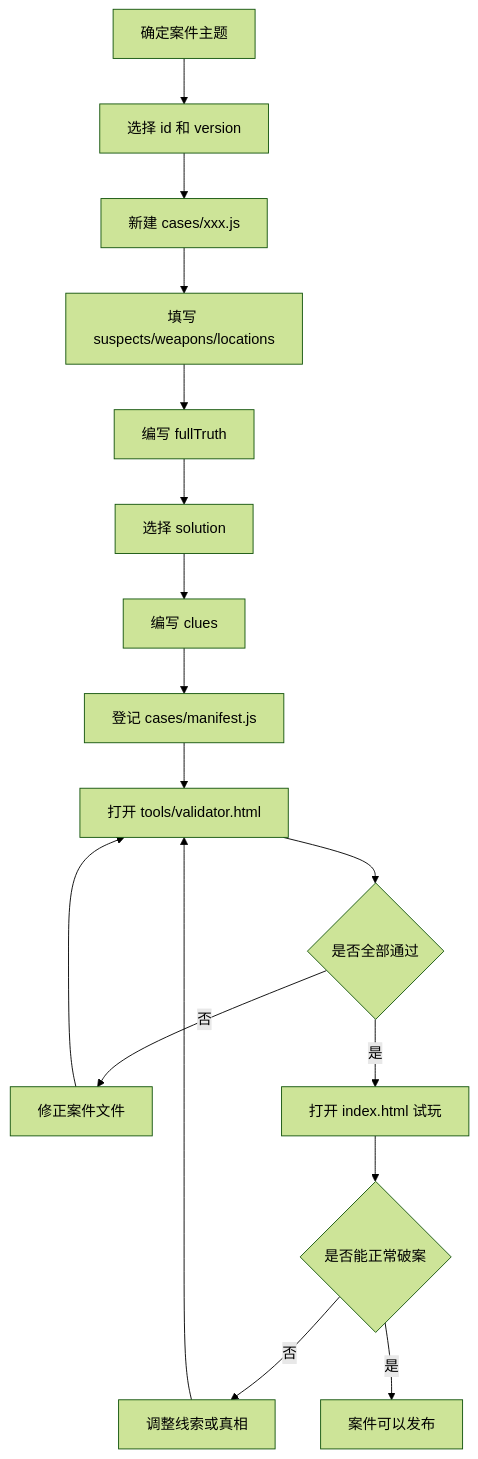
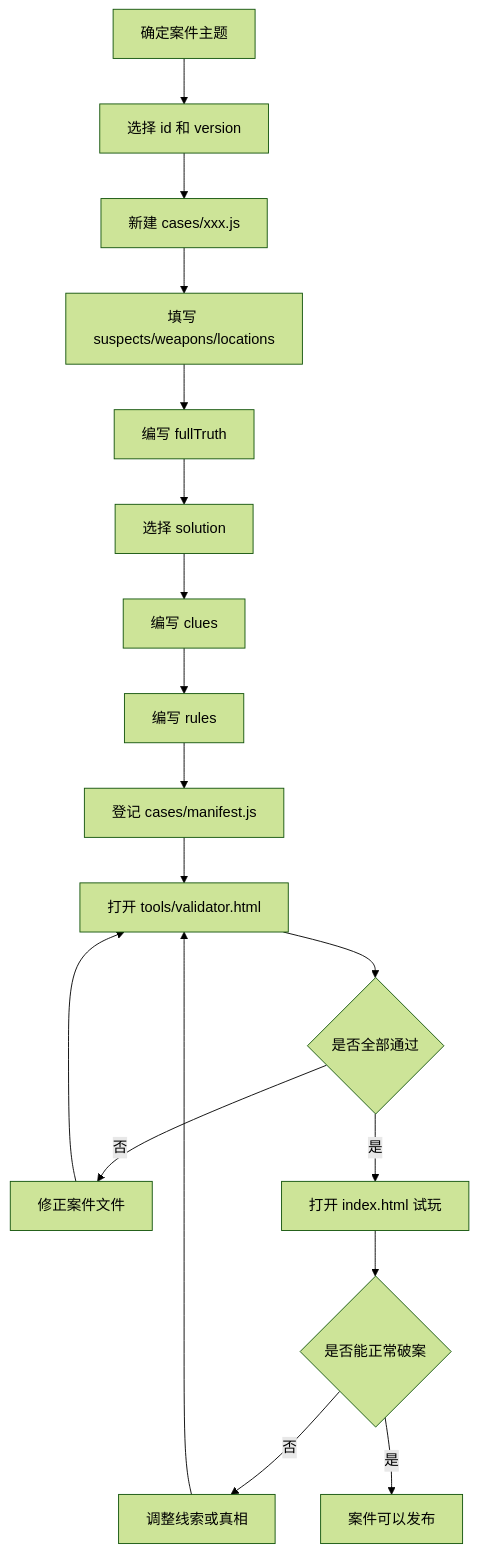
The diagram in docs/case-template.md (NoireCase/CleverGrid), drawn with Mermaid (forest theme) before and after one commit. The commit also changed other lines of this file and 11 other files, not shown here.

````diff
--- a/docs/case-template.md
+++ b/docs/case-template.md
@@ -213,19 +284,20 @@
 ```mermaid
 flowchart TD
     A["确定案件主题"] --> B["选择 id 和 version"]
     B --> C["新建 cases/xxx.js"]
     C --> D["填写 suspects/weapons/locations"]
     D --> E["编写 fullTruth"]
     E --> F["选择 solution"]
     F --> G["编写 clues"]
-    G --> H["登记 cases/manifest.js"]
-    H --> I["打开 tools/validator.html"]
-    I --> J{"是否全部通过"}
-    J -->|否| K["修正案件文件"]
-    K --> I
-    J -->|是| L["打开 index.html 试玩"]
-    L --> M{"是否能正常破案"}
-    M -->|否| N["调整线索或真相"]
-    N --> I
-    M -->|是| O["案件可以发布"]
+    G --> H["编写 rules"]
+    H --> I["登记 cases/manifest.js"]
+    I --> J["打开 tools/validator.html"]
+    J --> K{"是否全部通过"}
+    K -->|否| L["修正案件文件"]
+    L --> J
+    K -->|是| M["打开 index.html 试玩"]
+    M --> N{"是否能正常破案"}
+    N -->|否| O["调整线索或真相"]
+    O --> J
+    N -->|是| P["案件可以发布"]
 ```
````
